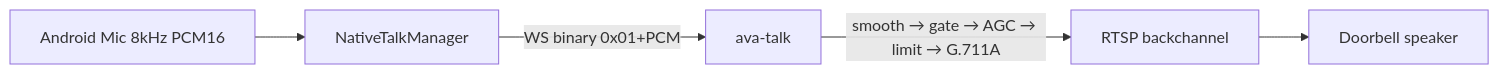
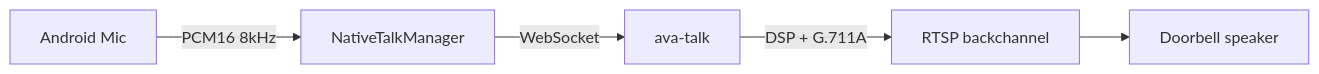
The third of 4 diagrams in README.md (superfeldy/ava-doorbell), drawn with Mermaid before and after one commit. The commit also changed other lines of this file and 4 other files, not shown here.

````diff
--- a/README.md
+++ b/README.md
@@ -62,7 +67,7 @@
 ```mermaid
 graph LR
-    A["Android Mic 8kHz PCM16"] --> B["NativeTalkManager"]
-    B -- "WS binary 0x01+PCM" --> C["ava-talk"]
-    C -- "smooth → gate → AGC → limit → G.711A" --> D["RTSP backchannel"]
+    A["Android Mic"] -- "PCM16 8kHz" --> B["NativeTalkManager"]
+    B -- "WebSocket" --> C["ava-talk"]
+    C -- "DSP + G.711A" --> D["RTSP backchannel"]
     D --> E["Doorbell speaker"]
 ```
````
